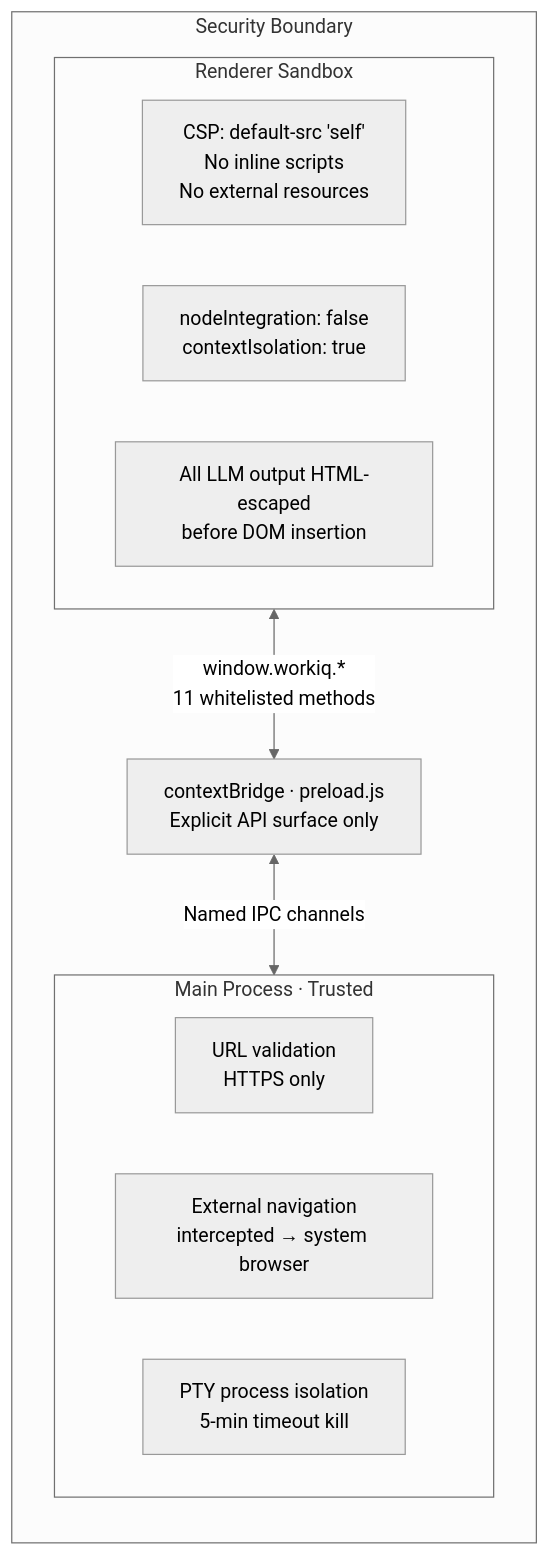
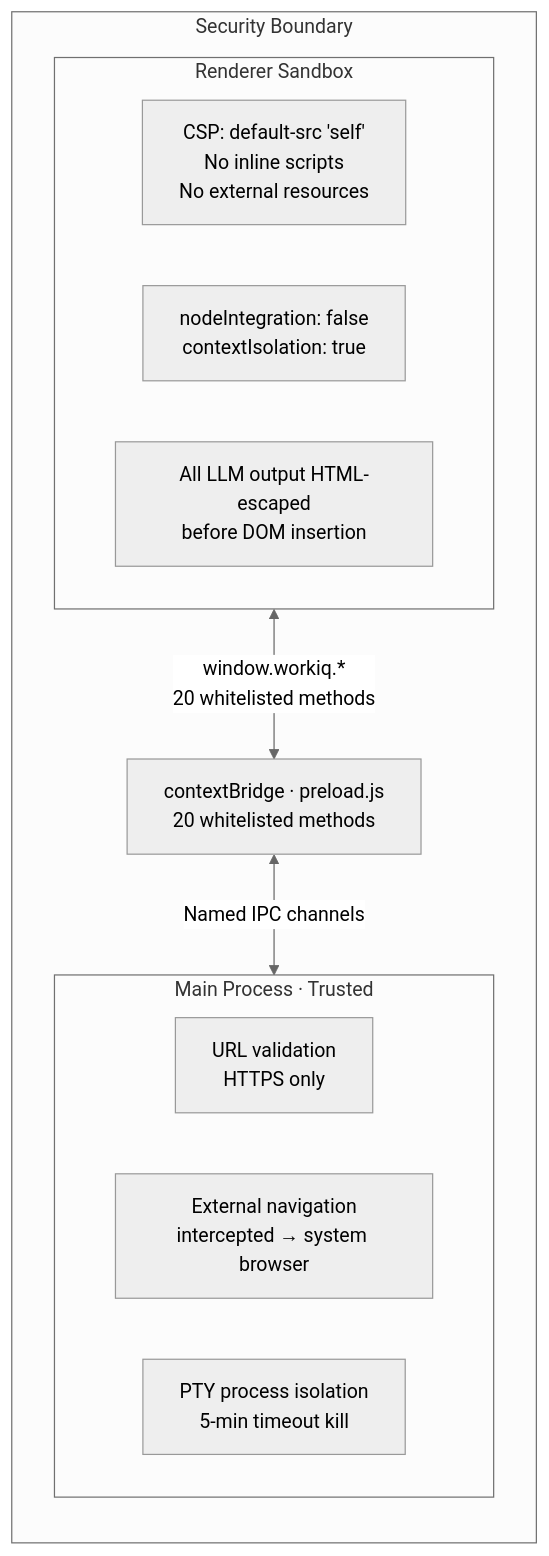
One commit to kpoineal/FlightDeck changed the fifth of 5 diagrams in docs/architecture-diagrams.md. Above: the diagram before and after it, drawn with Mermaid (neutral theme). The commit also changed other lines of this file and 3 other files, not shown here.

````diff
--- a/docs/architecture-diagrams.md
+++ b/docs/architecture-diagrams.md
@@ -216,22 +244,22 @@
 ```mermaid
 graph TB
     subgraph Security["Security Boundary"]
         direction TB
         subgraph RendererSandbox["Renderer Sandbox"]
             CSP["CSP: default-src 'self'<br/>No inline scripts<br/>No external resources"]
             NoNode["nodeIntegration: false<br/>contextIsolation: true"]
             Escape["All LLM output HTML-escaped<br/>before DOM insertion"]
         end
 
-        Bridge["contextBridge · preload.js<br/>Explicit API surface only"]
+        Bridge["contextBridge · preload.js<br/>20 whitelisted methods"]
 
         subgraph MainTrust["Main Process · Trusted"]
             URLCheck["URL validation<br/>HTTPS only"]
             NavGuard["External navigation<br/>intercepted → system browser"]
             PTYIsolation["PTY process isolation<br/>5-min timeout kill"]
         end
     end
 
-    RendererSandbox <-->|"window.workiq.*<br/>11 whitelisted methods"| Bridge
+    RendererSandbox <-->|"window.workiq.*<br/>20 whitelisted methods"| Bridge
     Bridge <-->|"Named IPC channels"| MainTrust
 ```
````
